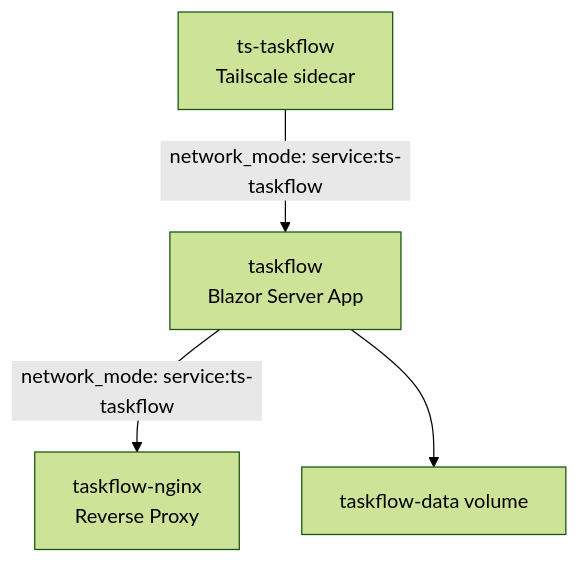
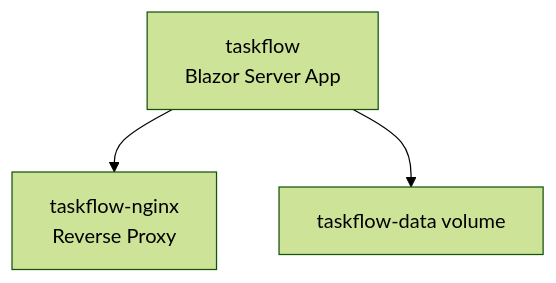
Before and after one commit to vip32/TaskFlow: diagram 15 of 17 in docs/SYSTEMDESIGN.md, drawn with Mermaid (forest theme). The commit also changed other lines of this file and 12 other files, not shown here.

````diff
--- a/docs/SYSTEMDESIGN.md
+++ b/docs/SYSTEMDESIGN.md
@@ -1305,6 +1305,5 @@
 ```mermaid
 flowchart TB
-    TS["ts-taskflow\nTailscale sidecar"] -->|"network_mode: service:ts-taskflow"| APP["taskflow\nBlazor Server App"]
-    APP -->|"network_mode: service:ts-taskflow"| NGINX["taskflow-nginx\nReverse Proxy"]
+    APP["taskflow\nBlazor Server App"] --> NGINX["taskflow-nginx\nReverse Proxy"]
     APP --> VOL["taskflow-data volume"]
 ```
````
